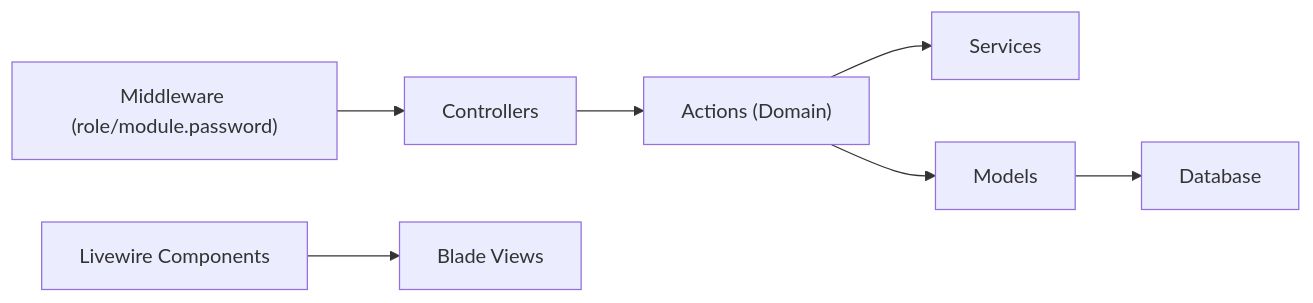
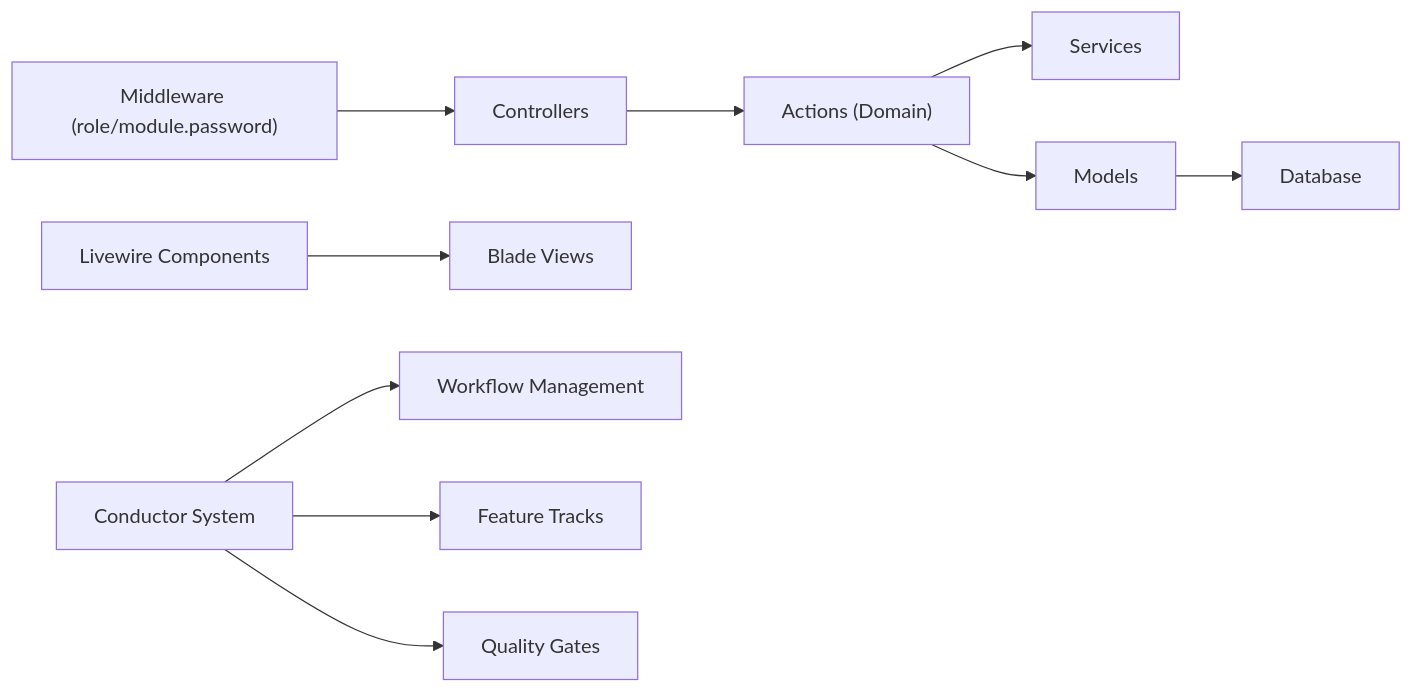
One commit to PA-Penajam/antrian-ptsp changed the sixth of 9 diagrams in .qoder/repowiki/en/content/Development Guidelines.md. Above: the diagram before and after it, drawn with Mermaid. The commit also changed other lines of this file and 89 other files, not shown here.

````diff
--- a/.qoder/repowiki/en/content/Development Guidelines.md
+++ b/.qoder/repowiki/en/content/Development Guidelines.md
@@ -234,9 +377,12 @@
 ```mermaid
 graph LR
 MW["Middleware (role/module.password)"] --> CTRL["Controllers"]
 CTRL --> ACT["Actions (Domain)"]
 ACT --> SVC["Services"]
 ACT --> MODEL["Models"]
 MODEL --> DB["Database"]
 LVW["Livewire Components"] --> VIEW["Blade Views"]
+CONDUCTOR["Conductor System"] --> WORKFLOW["Workflow Management"]
+CONDUCTOR --> TRACKS["Feature Tracks"]
+CONDUCTOR --> QUALITY["Quality Gates"]
 ```
````
